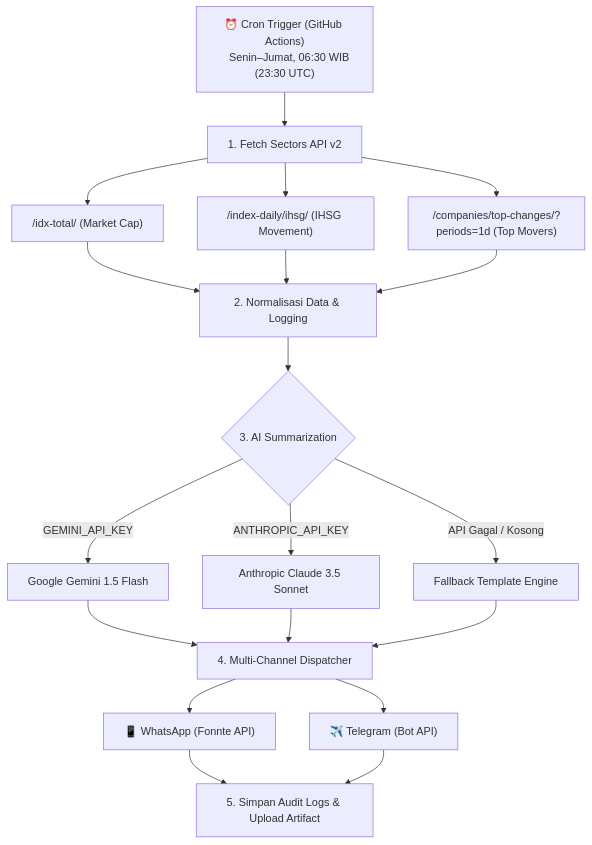
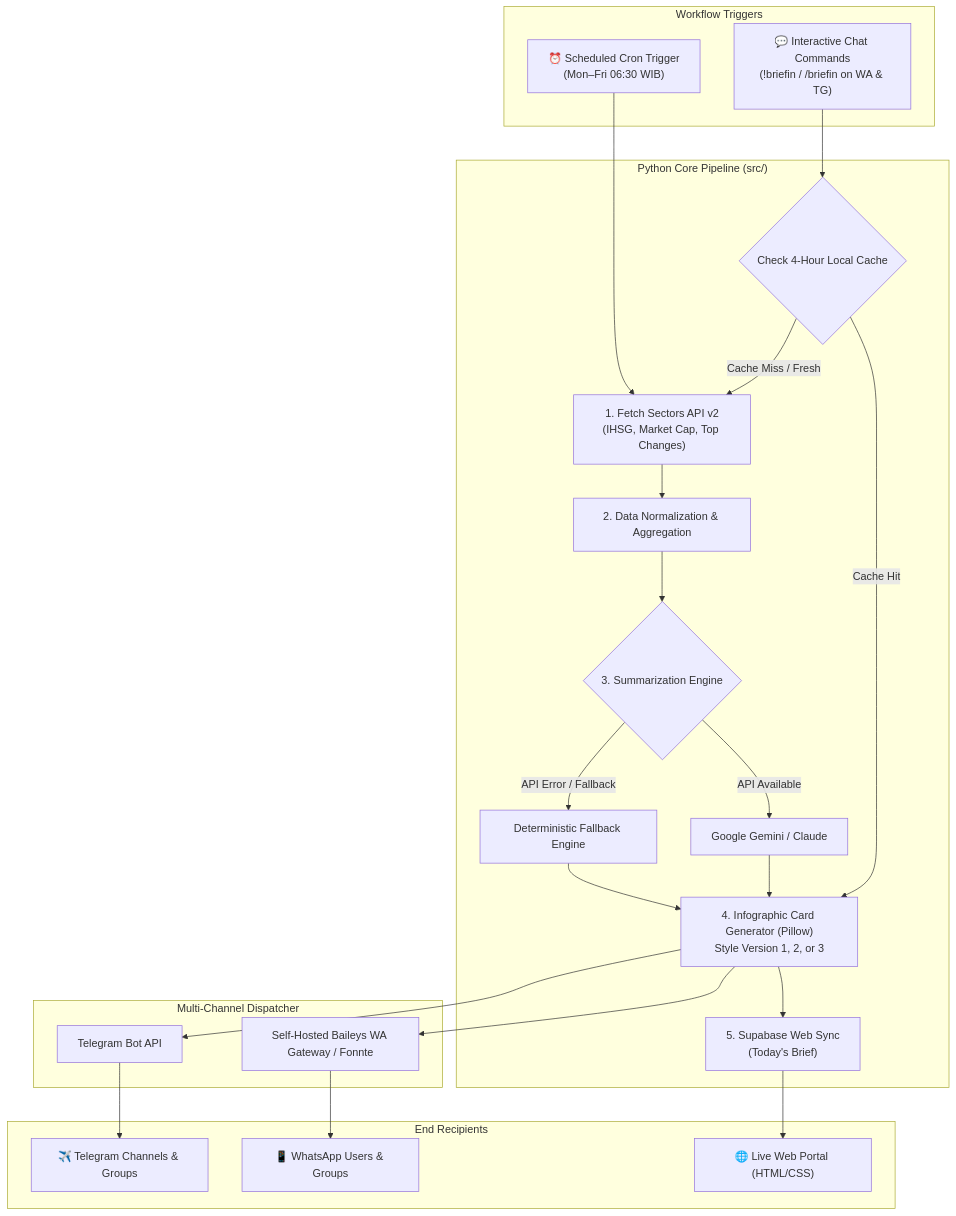
Before and after one commit to WithinTheDream/briefin: the diagram in README.md, drawn with Mermaid. The commit also changed other lines of this file, not shown here.

First line of the commit message:
Revise README for Briefin project overview and features

````diff
--- a/README.md
+++ b/README.md
@@ -11,22 +67,44 @@
 ```mermaid
 flowchart TD
-    A["⏰ Cron Trigger (GitHub Actions)
-    Senin–Jumat, 06:30 WIB (23:30 UTC)"] --> B["1. Fetch Sectors API v2"]
-    B --> B1["/idx-total/ (Market Cap)"]
-    B --> B2["/index-daily/ihsg/ (IHSG Movement)"]
-    B --> B3["/companies/top-changes/?periods=1d (Top Movers)"]
-    
-    B1 & B2 & B3 --> C["2. Normalisasi Data & Logging"]
-    C --> D{"3. AI Summarization"}
-    
-    D -->|GEMINI_API_KEY| E1["Google Gemini 1.5 Flash"]
-    D -->|ANTHROPIC_API_KEY| E2["Anthropic Claude 3.5 Sonnet"]
-    D -->|API Gagal / Kosong| E3["Fallback Template Engine"]
-    
-    E1 & E2 & E3 --> F["4. Multi-Channel Dispatcher"]
-    
-    F --> G1["📱 WhatsApp (Fonnte API)"]
-    F --> G2["✈️ Telegram (Bot API)"]
-    
-    G1 & G2 --> H["5. Simpan Audit Logs & Upload Artifact"]
+    subgraph Trigger["Workflow Triggers"]
+        T1["⏰ Scheduled Cron Trigger<br>(Mon–Fri 06:30 WIB)"]
+        T2["💬 Interactive Chat Commands<br>(!briefin / /briefin on WA & TG)"]
+    end
+
+    subgraph Core["Python Core Pipeline (src/)"]
+        F1["1. Fetch Sectors API v2<br>(IHSG, Market Cap, Top Changes)"]
+        F2{"Check 4-Hour Local Cache"}
+        F3["2. Data Normalization & Aggregation"]
+        F4{"3. Summarization Engine"}
+        F5["Google Gemini / Claude"]
+        F6["Deterministic Fallback Engine"]
+        F7["4. Infographic Card Generator (Pillow)<br>Style Version 1, 2, or 3"]
+        F8["5. Supabase Web Sync<br>(Today's Brief)"]
+    end
+
+    subgraph Dispatcher["Multi-Channel Dispatcher"]
+        D1["Self-Hosted Baileys WA Gateway / Fonnte"]
+        D2["Telegram Bot API"]
+    end
+
+    subgraph Output["End Recipients"]
+        O1["📱 WhatsApp Users & Groups"]
+        O2["✈️ Telegram Channels & Groups"]
+        O3["🌐 Live Web Portal (HTML/CSS)"]
+    end
+
+    T1 --> F1
+    T2 --> F2
+    F2 -->|Cache Hit| F7
+    F2 -->|Cache Miss / Fresh| F1
+    F1 --> F3
+    F3 --> F4
+    F4 -->|API Available| F5
+    F4 -->|API Error / Fallback| F6
+    F5 & F6 --> F7
+    F7 --> F8
+    F7 --> D1 & D2
+    D1 --> O1
+    D2 --> O2
+    F8 --> O3
 ```
````
